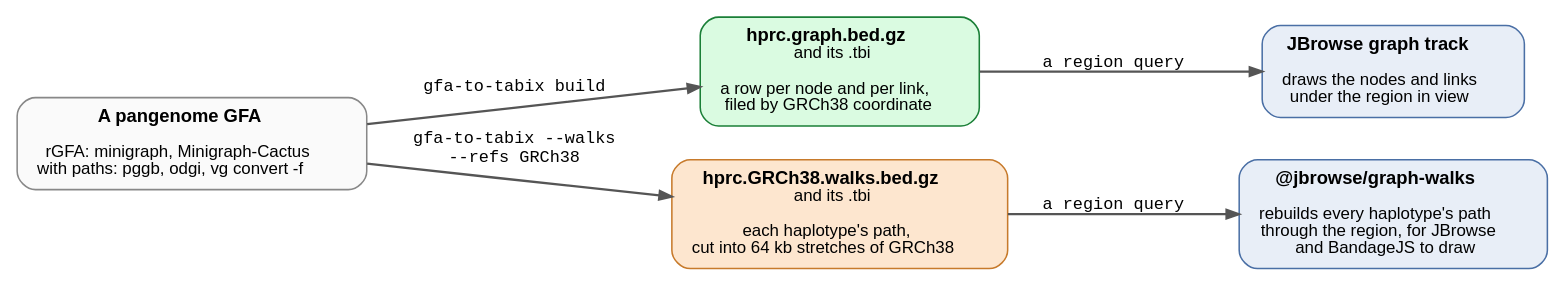
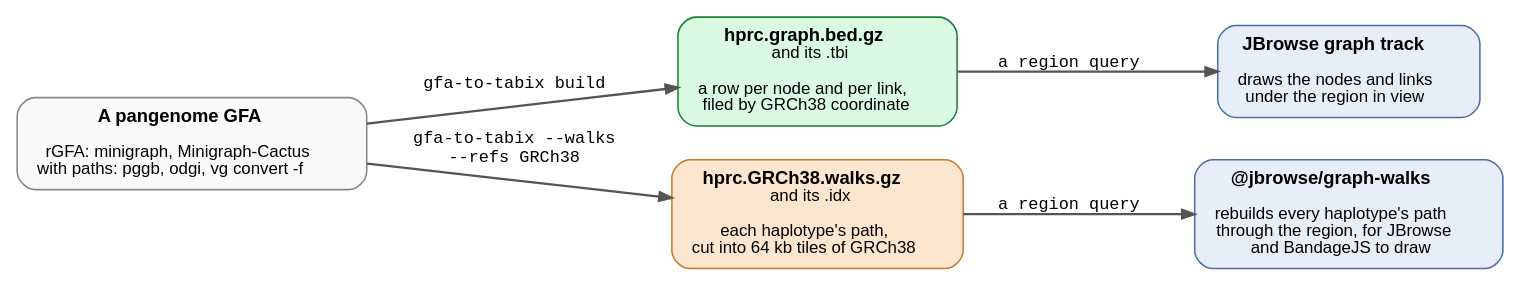
Before and after one commit to GMOD/gfa-to-tabix: the diagram in docs/figures/outputs.dot, drawn with Graphviz. The commit also changed 6 other files, not shown here.

```diff
--- a/docs/figures/outputs.dot
+++ b/docs/figures/outputs.dot
@@ -1,23 +1,23 @@
 // scripts/figures.py draws this figure
 digraph outputs {
   bgcolor="white"
   fontname="Helvetica"
   rankdir=LR
   nodesep=0.3
   ranksep=0.5
   node [fontname="Helvetica", fontsize=12, shape=box, style="filled,rounded", fillcolor="#e8eef7", color="#4a6fa5", margin="0.18,0.1"]
   edge [fontname="Courier", fontsize=11, color="#555555", arrowsize=0.8, penwidth=1.5]
 
   gfa [label=<<B>A pangenome GFA</B><BR/><BR/><FONT POINT-SIZE="11">rGFA: minigraph, Minigraph-Cactus<BR/>with paths: pggb, odgi, vg convert -f</FONT>>, fillcolor="#fafafa", color="#888888"]
 
   index [label=<<B>hprc.graph.bed.gz</B><BR/><FONT POINT-SIZE="11">and its .tbi</FONT><BR/><BR/><FONT POINT-SIZE="11">a row per node and per link,<BR/>filed by GRCh38 coordinate</FONT>>, fillcolor="#dafbe1", color="#1a7f37"]
-  walks [label=<<B>hprc.GRCh38.walks.bed.gz</B><BR/><FONT POINT-SIZE="11">and its .tbi</FONT><BR/><BR/><FONT POINT-SIZE="11">each haplotype's path,<BR/>cut into 64 kb stretches of GRCh38</FONT>>, fillcolor="#fde6cf", color="#c77a2b"]
+  walks [label=<<B>hprc.GRCh38.walks.gz</B><BR/><FONT POINT-SIZE="11">and its .idx</FONT><BR/><BR/><FONT POINT-SIZE="11">each haplotype's path,<BR/>cut into 64 kb tiles of GRCh38</FONT>>, fillcolor="#fde6cf", color="#c77a2b"]
 
   track [label=<<B>JBrowse graph track</B><BR/><BR/><FONT POINT-SIZE="11">draws the nodes and links<BR/>under the region in view</FONT>>]
   reader [label=<<B>@jbrowse/graph-walks</B><BR/><BR/><FONT POINT-SIZE="11">rebuilds every haplotype's path<BR/>through the region, for JBrowse<BR/>and BandageJS to draw</FONT>>]
 
   gfa -> index [label="  gfa-to-tabix build  "]
   gfa -> walks [label="  gfa-to-tabix --walks  \n  --refs GRCh38  "]
   index -> track [label=" a region query  "]
   walks -> reader [label=" a region query  "]
 }
```
